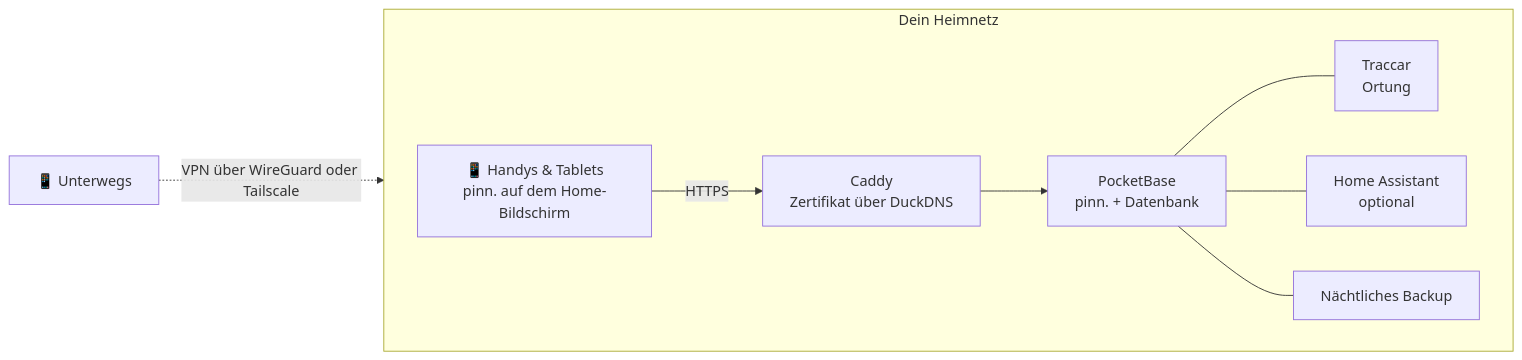
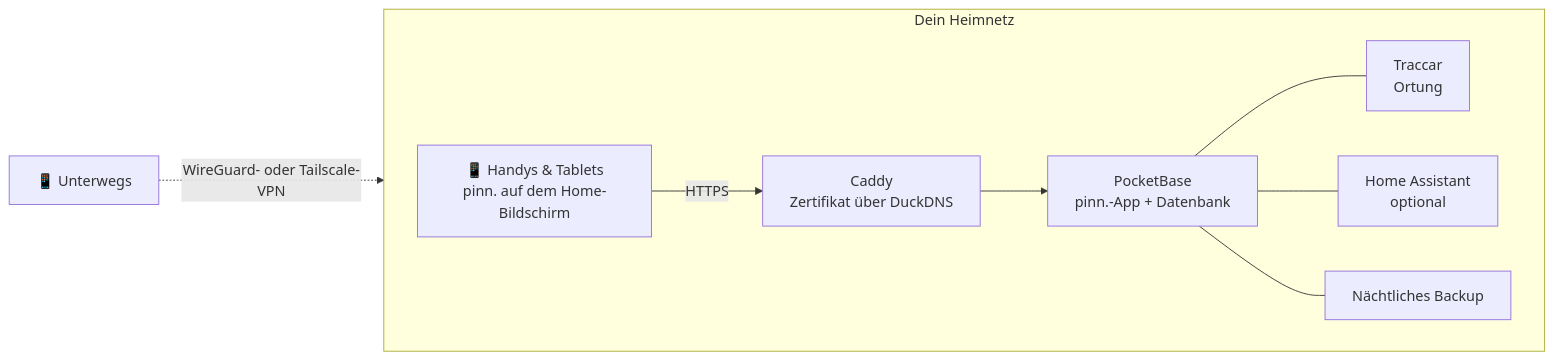
Before and after one commit to pinn-shost/pinn: the diagram in README.de.md, drawn with Mermaid. The commit also changed other lines of this file and 1 other file, not shown here.

````diff
--- a/README.de.md
+++ b/README.de.md
@@ -64,12 +64,12 @@
 ```mermaid
 flowchart LR
   subgraph Home["Dein Heimnetz"]
     direction LR
     P["📱 Handys & Tablets<br/>pinn. auf dem Home-Bildschirm"] -->|HTTPS| C["Caddy<br/>Zertifikat über DuckDNS"]
-    C --> PB["PocketBase<br/>pinn. + Datenbank"]
+    C --> PB["PocketBase<br/>pinn.-App + Datenbank"]
     PB --- T["Traccar<br/>Ortung"]
     PB --- HA["Home Assistant<br/>optional"]
     PB --- B["Nächtliches Backup"]
   end
-  R["📱 Unterwegs"] -.->|"VPN über WireGuard oder Tailscale"| C
+  R["📱 Unterwegs"] -.->|"WireGuard- oder Tailscale-VPN"| C
 ```
````
